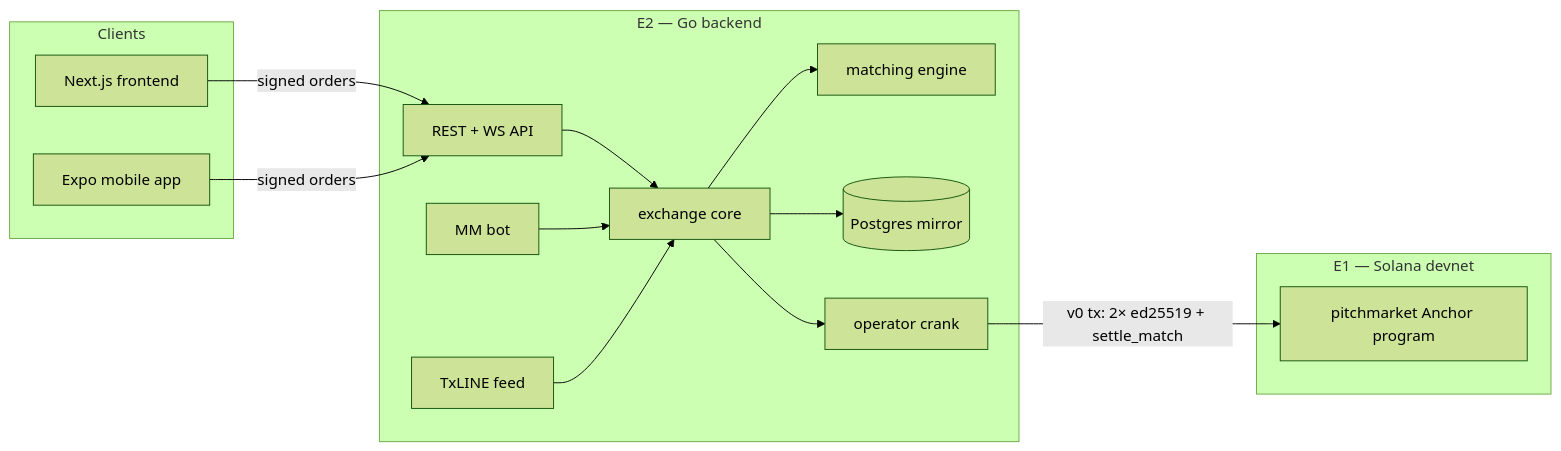
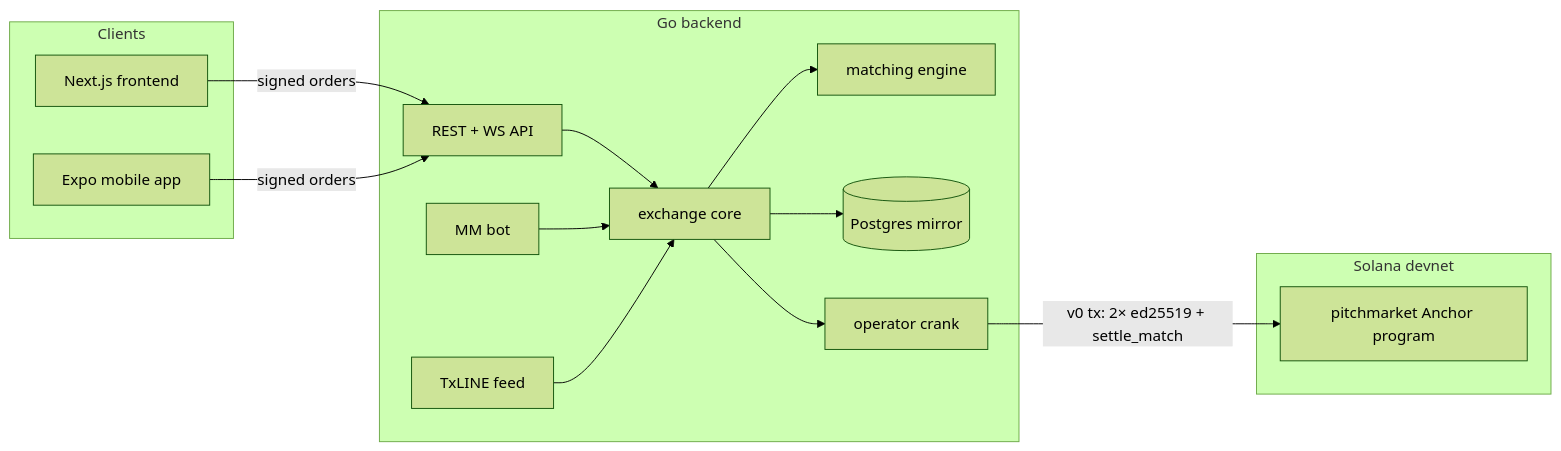
The diagram in docs-site/architecture.mdx (Zerith-Studio/prediction-market), drawn with Mermaid (forest theme) before and after one commit. The commit also changed other lines of this file and 6 other files, not shown here.

First line of the commit message:
docs(site): scope Mintlify docs to technical architecture only

````diff
--- a/docs-site/architecture.mdx
+++ b/docs-site/architecture.mdx
@@ -12,28 +12,28 @@
 ```mermaid
 flowchart LR
   subgraph Clients
     FE[Next.js frontend]
     MOB[Expo mobile app]
   end
-  subgraph E2 ["E2 — Go backend"]
+  subgraph BE ["Go backend"]
     API[REST + WS API]
     EX[exchange core]
     ME[matching engine]
     PG[(Postgres mirror)]
     CR[operator crank]
     BOT[MM bot]
     FEED[TxLINE feed]
   end
-  subgraph E1 ["E1 — Solana devnet"]
+  subgraph CHAIN ["Solana devnet"]
     PROG[pitchmarket Anchor program]
   end
   FE -->|signed orders| API
   MOB -->|signed orders| API
   API --> EX
   BOT --> EX
   EX --> ME
   EX --> PG
   EX --> CR
   CR -->|"v0 tx: 2× ed25519 + settle_match"| PROG
   FEED --> EX
 ```
````
